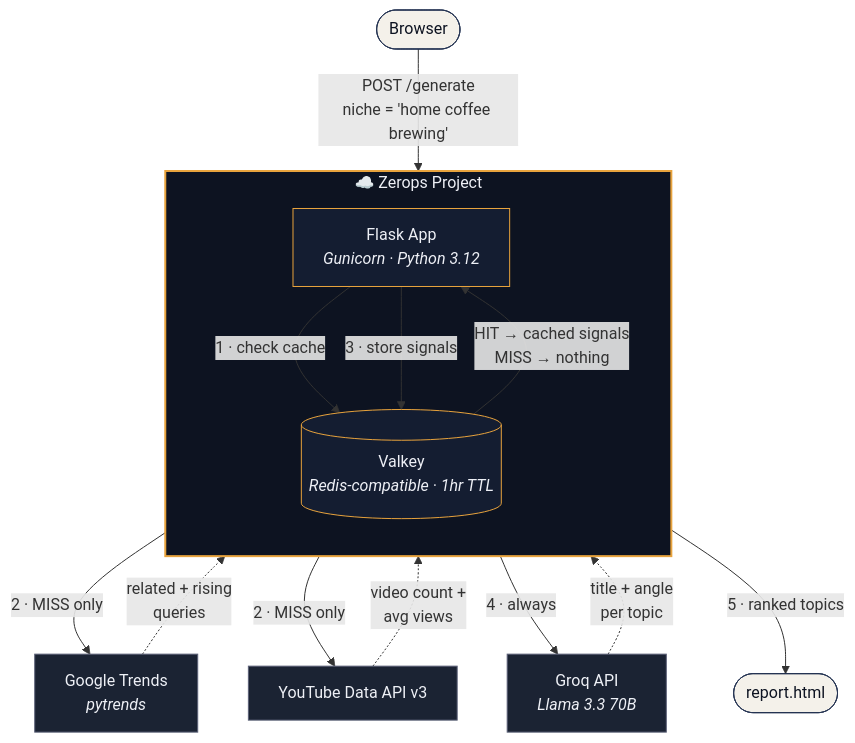
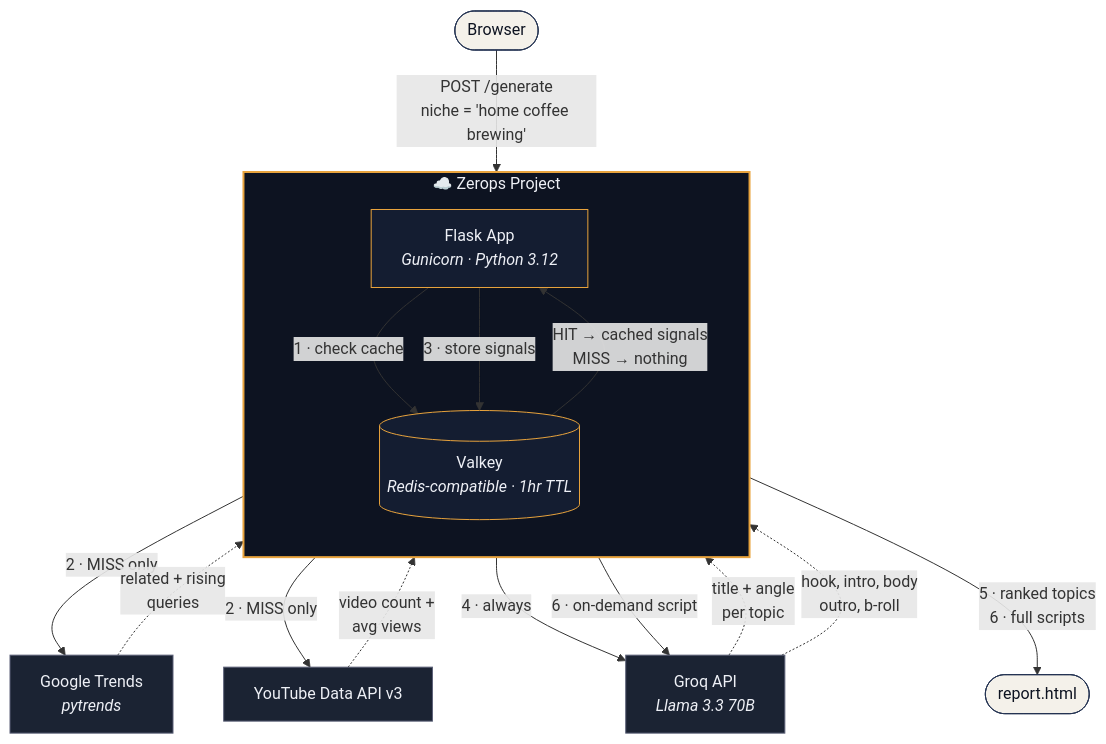
Before and after one commit to mauryasagar/signal: the first of 2 diagrams in README.md, drawn with Mermaid. The commit also changed other lines of this file, not shown here.

Commit message:
docs: update README to reflect automated script generation and pipeline changes

````diff
--- a/README.md
+++ b/README.md
@@ -35,32 +34,34 @@
 ```mermaid
 flowchart TB
     User(["Browser"]) -->|"POST /generate<br/>niche = 'home coffee brewing'"| App
 
     subgraph Zerops["☁️ Zerops Project"]
         direction TB
         App["Flask App<br/><i>Gunicorn · Python 3.12</i>"]
         Cache[("Valkey<br/><i>Redis-compatible · 1hr TTL</i>")]
         App -->|"1 · check cache"| Cache
         Cache -->|"HIT → cached signals<br/>MISS → nothing"| App
         App -->|"3 · store signals"| Cache
     end
 
     App -->|"2 · MISS only"| Trends["Google Trends<br/><i>pytrends</i>"]
     App -->|"2 · MISS only"| YT["YouTube Data API v3"]
     App -->|"4 · always"| Groq["Groq API<br/><i>Llama 3.3 70B</i>"]
+    App -->|"6 · on-demand script"| Groq
 
     Trends -.->|"related + rising<br/>queries"| App
     YT -.->|"video count +<br/>avg views"| App
     Groq -.->|"title + angle<br/>per topic"| App
+    Groq -.->|"hook, intro, body<br/>outro, b-roll"| App
 
-    App -->|"5 · ranked topics"| Report(["report.html"])
+    App -->|"5 · ranked topics<br/>6 · full scripts"| Report(["report.html"])
 
     style Zerops fill:#0d1321,stroke:#e8a33d,stroke-width:2px,color:#eef0f6
     style App fill:#141d31,stroke:#e8a33d,color:#eef0f6
     style Cache fill:#141d31,stroke:#e8a33d,color:#eef0f6
     style User fill:#f4f1ea,stroke:#253453,color:#0d1321
     style Report fill:#f4f1ea,stroke:#253453,color:#0d1321
     style Trends fill:#1b2333,stroke:#5c6178,color:#eef0f6
     style YT fill:#1b2333,stroke:#5c6178,color:#eef0f6
     style Groq fill:#1b2333,stroke:#5c6178,color:#eef0f6
 ```
````
